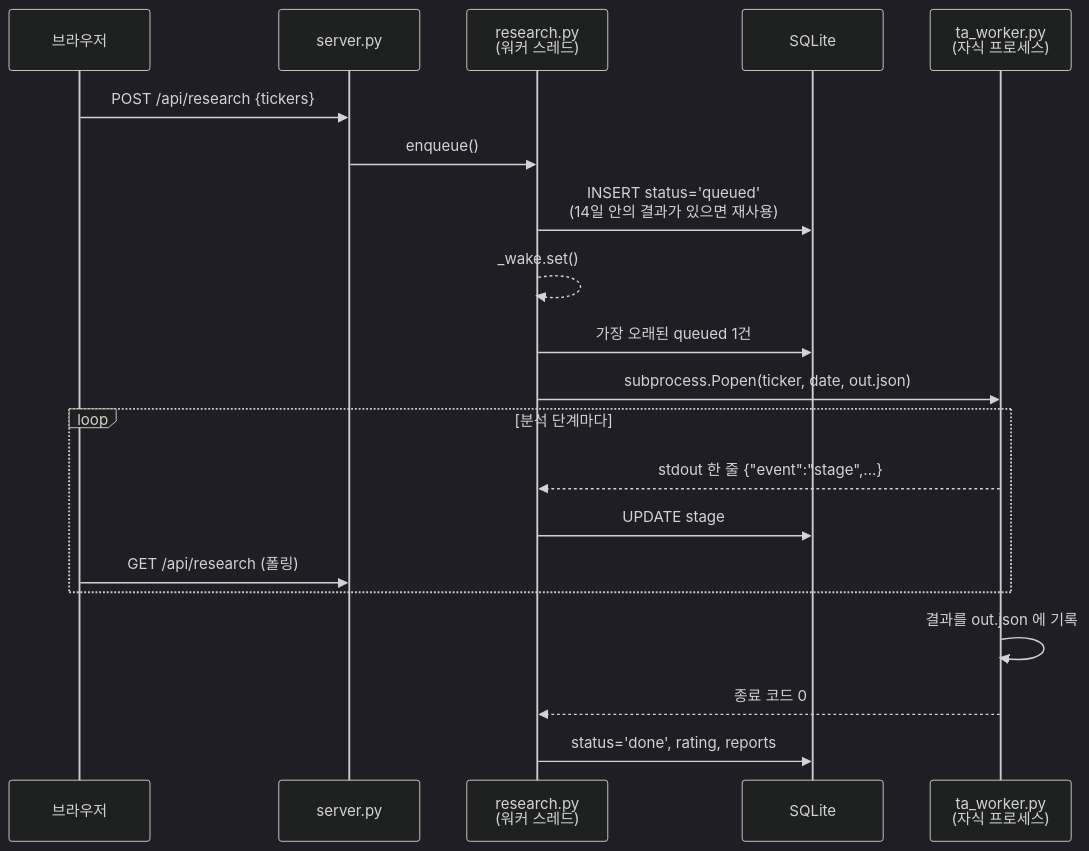
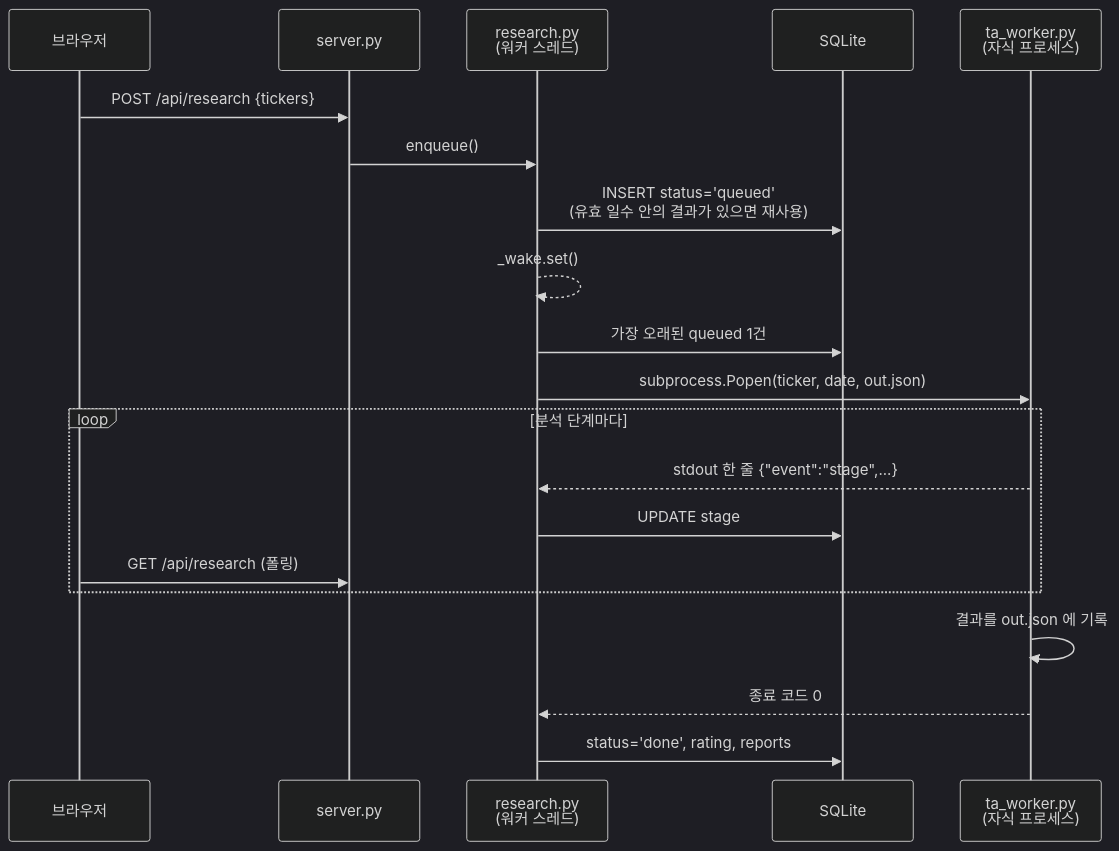
One commit to jin1ee-02/auto_investment_claude changed the third of 5 diagrams in docs/ARCHITECTURE.md. Above: the diagram before and after it, drawn with Mermaid (dark theme). The commit also changed other lines of this file and 8 other files, not shown here.

````diff
--- a/docs/ARCHITECTURE.md
+++ b/docs/ARCHITECTURE.md
@@ -146,23 +147,23 @@
 ```mermaid
 sequenceDiagram
     participant UI as 브라우저
     participant API as server.py
     participant Q as research.py<br/>(워커 스레드)
     participant DB as SQLite
     participant W as ta_worker.py<br/>(자식 프로세스)
 
     UI->>API: POST /api/research {tickers}
     API->>Q: enqueue()
-    Q->>DB: INSERT status='queued'<br/>(14일 안의 결과가 있으면 재사용)
+    Q->>DB: INSERT status='queued'<br/>(유효 일수 안의 결과가 있으면 재사용)
     Q-->>Q: _wake.set()
     Q->>DB: 가장 오래된 queued 1건
     Q->>W: subprocess.Popen(ticker, date, out.json)
     loop 분석 단계마다
         W-->>Q: stdout 한 줄 {"event":"stage",...}
         Q->>DB: UPDATE stage
         UI->>API: GET /api/research (폴링)
     end
     W->>W: 결과를 out.json 에 기록
     W-->>Q: 종료 코드 0
     Q->>DB: status='done', rating, reports
 ```
````
